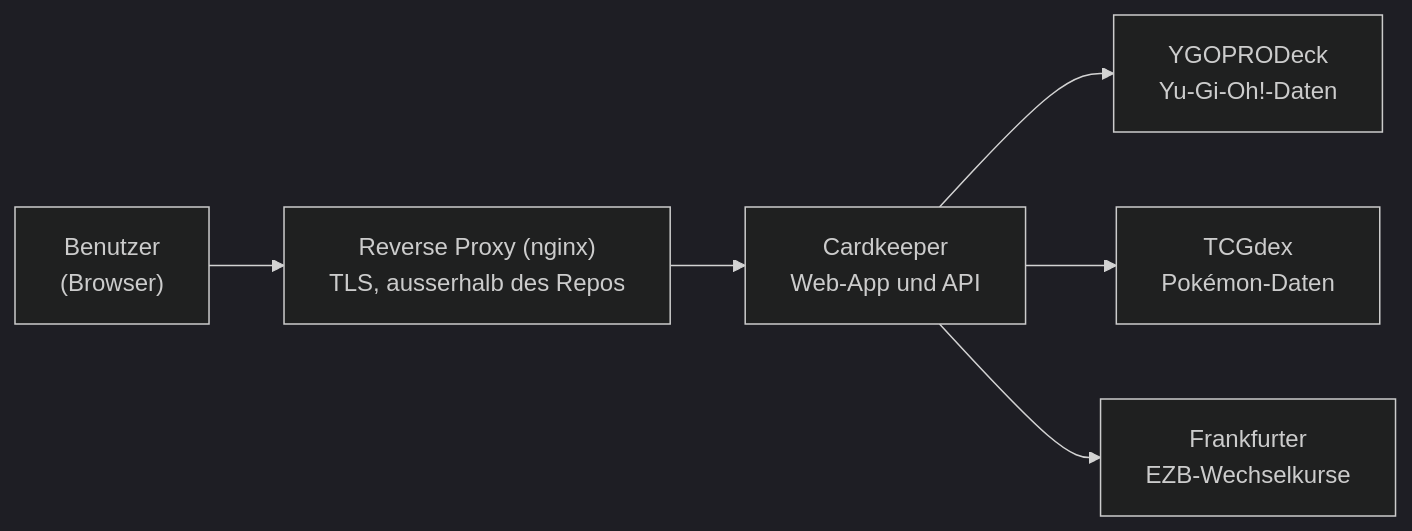
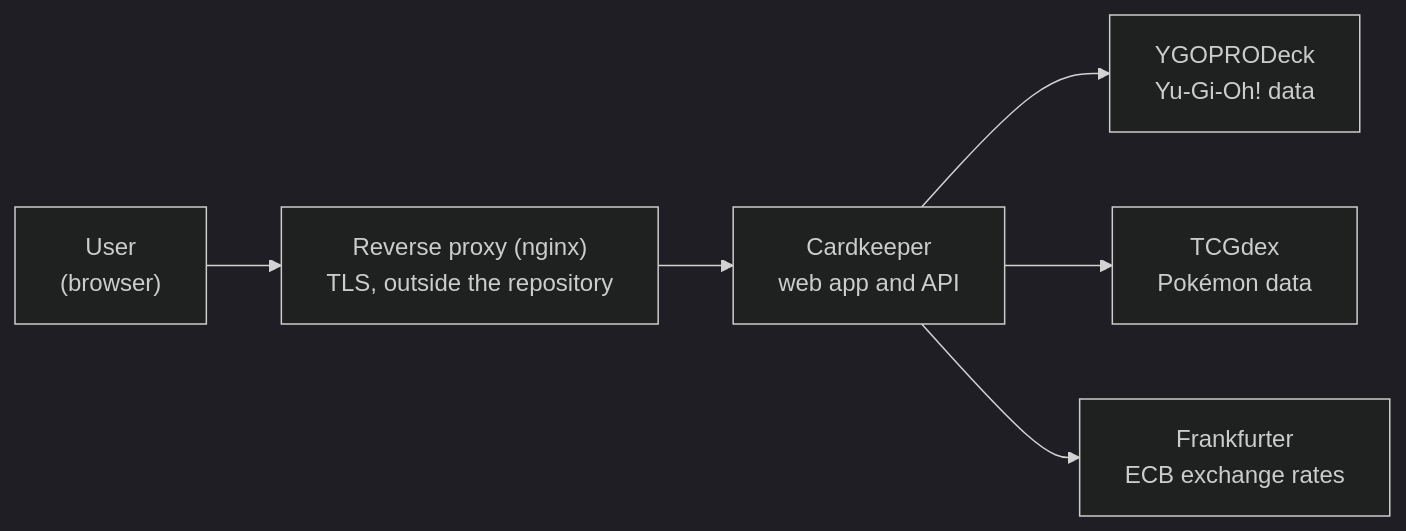
One commit to qaldak/cardkeeper changed the first of 5 diagrams in docs/ARCHITECTURE.md. Above: the diagram before and after it, drawn with Mermaid (dark theme). The commit also changed other lines of this file and 83 other files, not shown here.

````diff
--- a/docs/ARCHITECTURE.md
+++ b/docs/ARCHITECTURE.md
@@ -7,8 +7,8 @@
 ```mermaid
 flowchart LR
-    user["Benutzer<br/>(Browser)"] --> proxy["Reverse Proxy (nginx)<br/>TLS, ausserhalb des Repos"]
-    proxy --> app["Cardkeeper<br/>Web-App und API"]
-    app --> ygo["YGOPRODeck<br/>Yu-Gi-Oh!-Daten"]
-    app --> tcgdex["TCGdex<br/>Pokémon-Daten"]
-    app --> rates["Frankfurter<br/>EZB-Wechselkurse"]
+    user["User<br/>(browser)"] --> proxy["Reverse proxy (nginx)<br/>TLS, outside the repository"]
+    proxy --> app["Cardkeeper<br/>web app and API"]
+    app --> ygo["YGOPRODeck<br/>Yu-Gi-Oh! data"]
+    app --> tcgdex["TCGdex<br/>Pokémon data"]
+    app --> rates["Frankfurter<br/>ECB exchange rates"]
 ```
````
